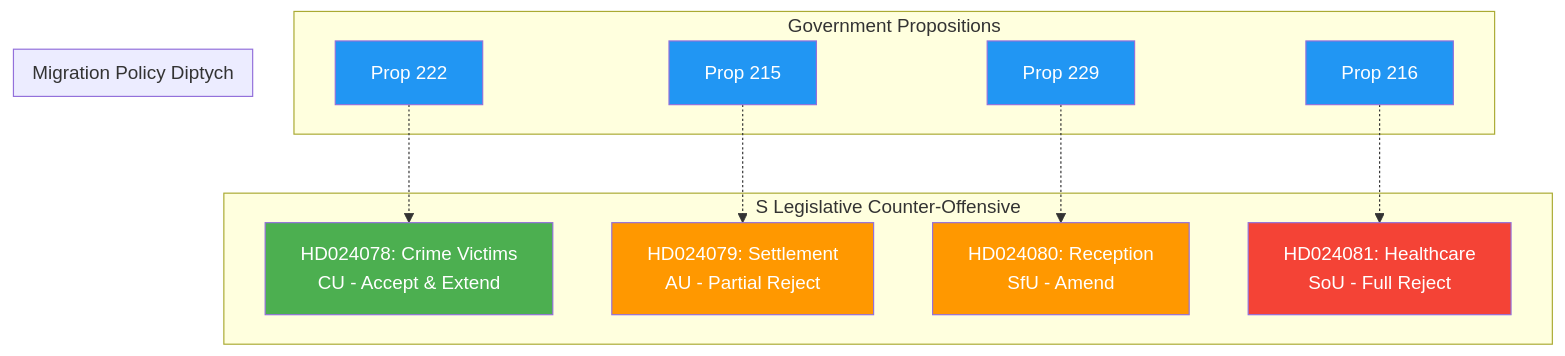
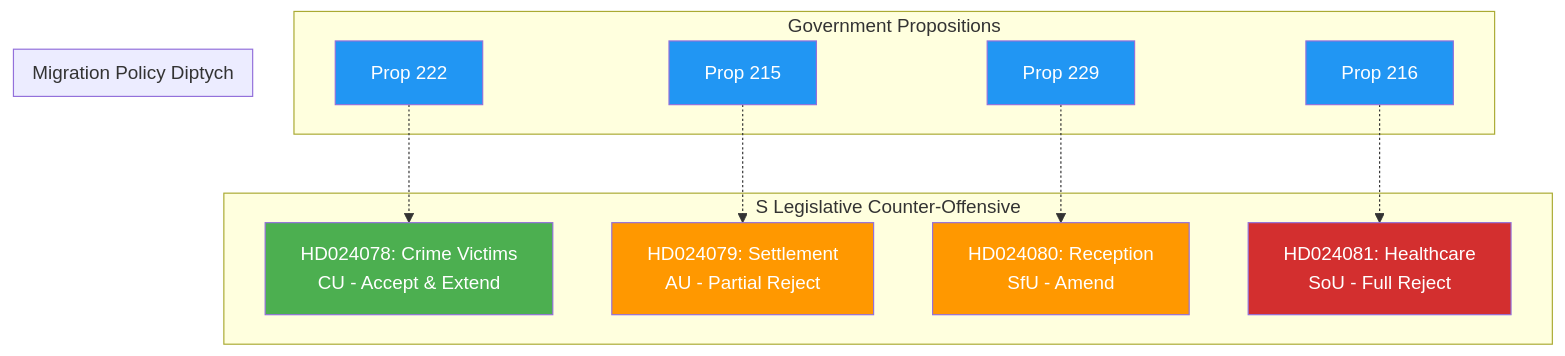
One commit to Hack23/riksdagsmonitor changed the diagram in analysis/daily/2026-04-15/realtime-1029/synthesis-summary.md. Above: the diagram before and after it, drawn with Mermaid. The commit also changed 785 other files, not shown here.

First line of the commit message:
Normalize mermaid colors across 786 analysis artifacts to ISMS Style Guide palette

````diff
--- a/analysis/daily/2026-04-15/realtime-1029/synthesis-summary.md
+++ b/analysis/daily/2026-04-15/realtime-1029/synthesis-summary.md
@@ -53,35 +53,35 @@
 ```mermaid
 graph TD
     subgraph "S Legislative Counter-Offensive"
         M1["HD024078: Crime Victims<br>CU - Accept & Extend"]
         M2["HD024079: Settlement<br>AU - Partial Reject"]
         M3["HD024080: Reception<br>SfU - Amend"]
         M4["HD024081: Healthcare<br>SoU - Full Reject"]
     end
     
     subgraph "Government Propositions"
         P1["Prop 222"]
         P2["Prop 215"]
         P3["Prop 229"]
         P4["Prop 216"]
     end
     
     subgraph "Migration Policy Diptych"
         M2
         M3
     end
     
     P1 -.-> M1
     P2 -.-> M2
     P3 -.-> M3
     P4 -.-> M4
     
-    style M1 fill:#4CAF50,color:#fff
-    style M2 fill:#FF9800,color:#fff
-    style M3 fill:#FF9800,color:#fff
-    style M4 fill:#f44336,color:#fff
-    style P1 fill:#2196F3,color:#fff
-    style P2 fill:#2196F3,color:#fff
-    style P3 fill:#2196F3,color:#fff
-    style P4 fill:#2196F3,color:#fff
+    style M1 fill:#4CAF50,color:#FFFFFF
+    style M2 fill:#FF9800,color:#FFFFFF
+    style M3 fill:#FF9800,color:#FFFFFF
+    style M4 fill:#D32F2F,color:#FFFFFF
+    style P1 fill:#2196F3,color:#FFFFFF
+    style P2 fill:#2196F3,color:#FFFFFF
+    style P3 fill:#2196F3,color:#FFFFFF
+    style P4 fill:#2196F3,color:#FFFFFF
 ```
````
